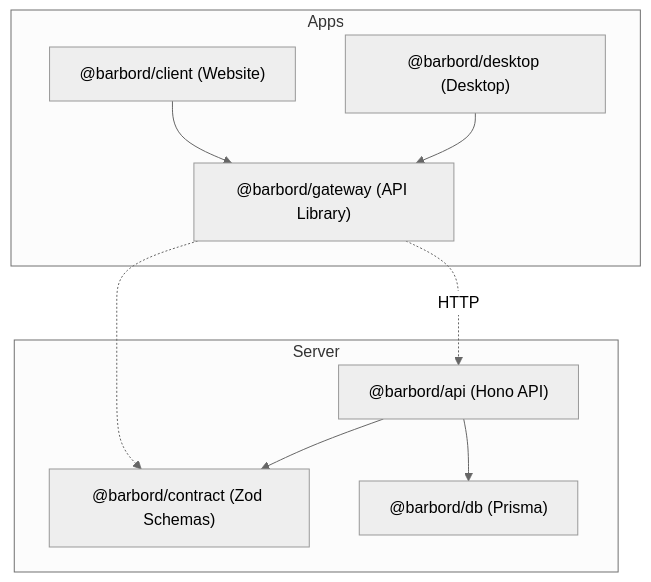
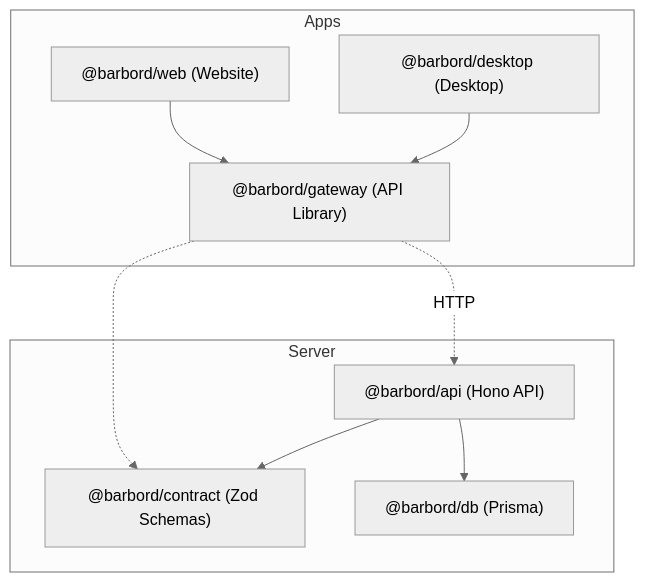
Before and after one commit to luximus-hunter/barbord-fullstack: the diagram in README.md, drawn with Mermaid (neutral theme). The commit also changed other lines of this file, not shown here.

First line of the commit message:
Rename client app and add reset instructions

````diff
--- a/README.md
+++ b/README.md
@@ -23,24 +23,24 @@
 ```mermaid
 flowchart TB
   subgraph "Apps"
-    WEB["@barbord/client (Website)"]
+    WEB["@barbord/web (Website)"]
     DESKTOP["@barbord/desktop (Desktop)"]
     GATEWAY["@barbord/gateway (API Library)"]
   end
 
 
   subgraph "Server"
     API["@barbord/api (Hono API)"]
     CONTRACT["@barbord/contract (Zod Schemas)"]
     DB["@barbord/db (Prisma)"]
   end
 
   WEB --> GATEWAY
   DESKTOP --> GATEWAY
 
   GATEWAY -. HTTP .-> API
   GATEWAY -.-> CONTRACT
 
   API --> CONTRACT
   API --> DB
 ```
````
